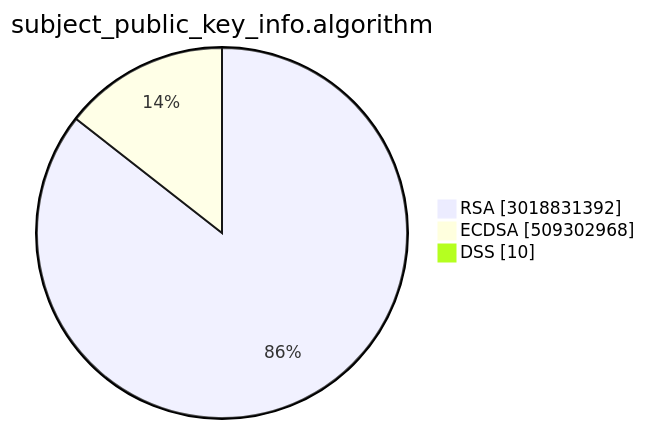
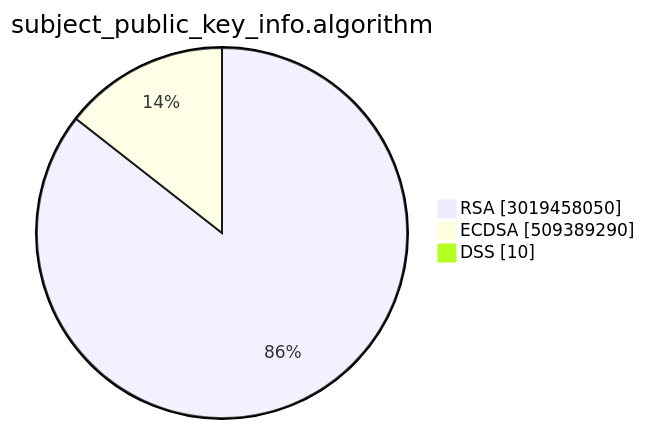
One commit to christiankrug/ctmonitor_visualization changed the second of 15 diagrams in TOTAL/README.md. Above: the diagram before and after it, drawn with Mermaid. The commit also changed other lines of this file, not shown here.

````diff
--- a/TOTAL/README.md
+++ b/TOTAL/README.md
@@ -6,7 +6,7 @@
 ```mermaid
 pie showData
 title subject_public_key_info.algorithm
-"RSA" :3018831392
-"ECDSA" :509302968
+"RSA" :3019458050
+"ECDSA" :509389290
 "DSS" :10
 ```
````
